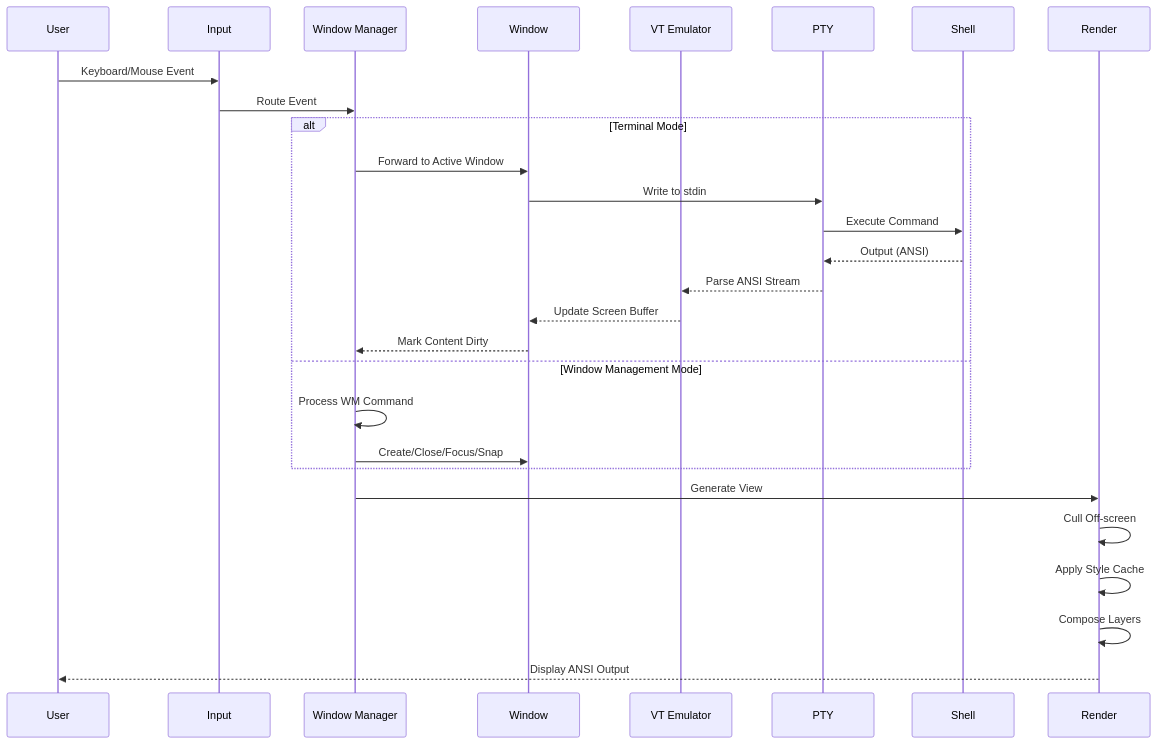
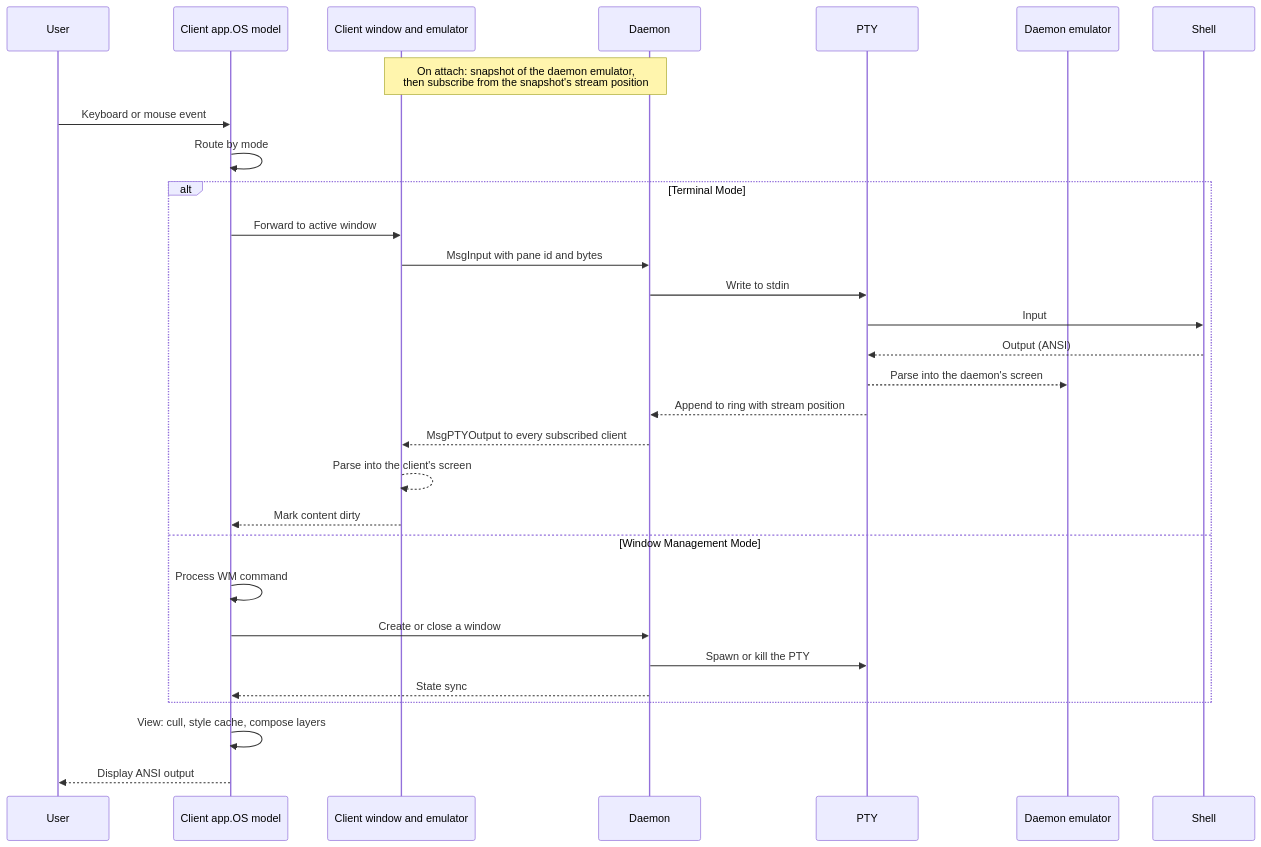
Before and after one commit to Gaurav-Gosain/tuios: the third of 8 diagrams in docs/ARCHITECTURE.md, drawn with Mermaid. The commit also changed other lines of this file, not shown here.

First line of the commit message:
docs(architecture): draw the daemon and its clients

````diff
--- a/docs/ARCHITECTURE.md
+++ b/docs/ARCHITECTURE.md
@@ -128,33 +180,36 @@
 ```mermaid
 sequenceDiagram
     participant User
-    participant Input
-    participant OS as Window Manager
-    participant Window
-    participant VT as VT Emulator
+    participant OS as Client app.OS model
+    participant Window as Client window and emulator
+    participant Daemon
     participant PTY
+    participant DVT as Daemon emulator
     participant Shell
-    participant Render
 
-    User->>Input: Keyboard/Mouse Event
-    Input->>OS: Route Event
+    Note over Window,Daemon: On attach: snapshot of the daemon emulator,<br>then subscribe from the snapshot's stream position
+
+    User->>OS: Keyboard or mouse event
+    OS->>OS: Route by mode
 
     alt Terminal Mode
-        OS->>Window: Forward to Active Window
-        Window->>PTY: Write to stdin
-        PTY->>Shell: Execute Command
+        OS->>Window: Forward to active window
+        Window->>Daemon: MsgInput with pane id and bytes
+        Daemon->>PTY: Write to stdin
+        PTY->>Shell: Input
         Shell-->>PTY: Output (ANSI)
-        PTY-->>VT: Parse ANSI Stream
-        VT-->>Window: Update Screen Buffer
-        Window-->>OS: Mark Content Dirty
+        PTY-->>DVT: Parse into the daemon's screen
+        PTY-->>Daemon: Append to ring with stream position
+        Daemon-->>Window: MsgPTYOutput to every subscribed client
+        Window-->>Window: Parse into the client's screen
+        Window-->>OS: Mark content dirty
     else Window Management Mode
-        OS->>OS: Process WM Command
-        OS->>Window: Create/Close/Focus/Snap
+        OS->>OS: Process WM command
+        OS->>Daemon: Create or close a window
+        Daemon->>PTY: Spawn or kill the PTY
+        Daemon-->>OS: State sync
     end
 
-    OS->>Render: Generate View
-    Render->>Render: Cull Off-screen
-    Render->>Render: Apply Style Cache
-    Render->>Render: Compose Layers
-    Render-->>User: Display ANSI Output
+    OS->>OS: View: cull, style cache, compose layers
+    OS-->>User: Display ANSI output
 ```
````
